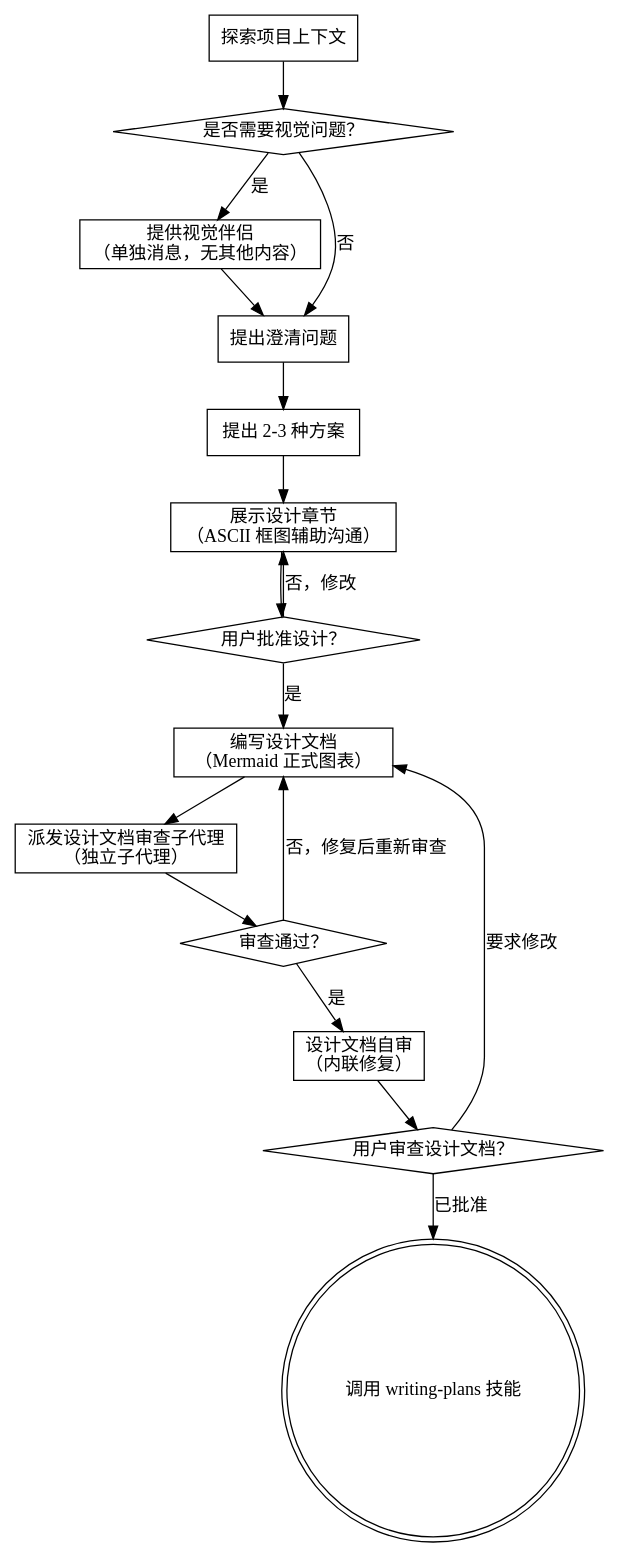
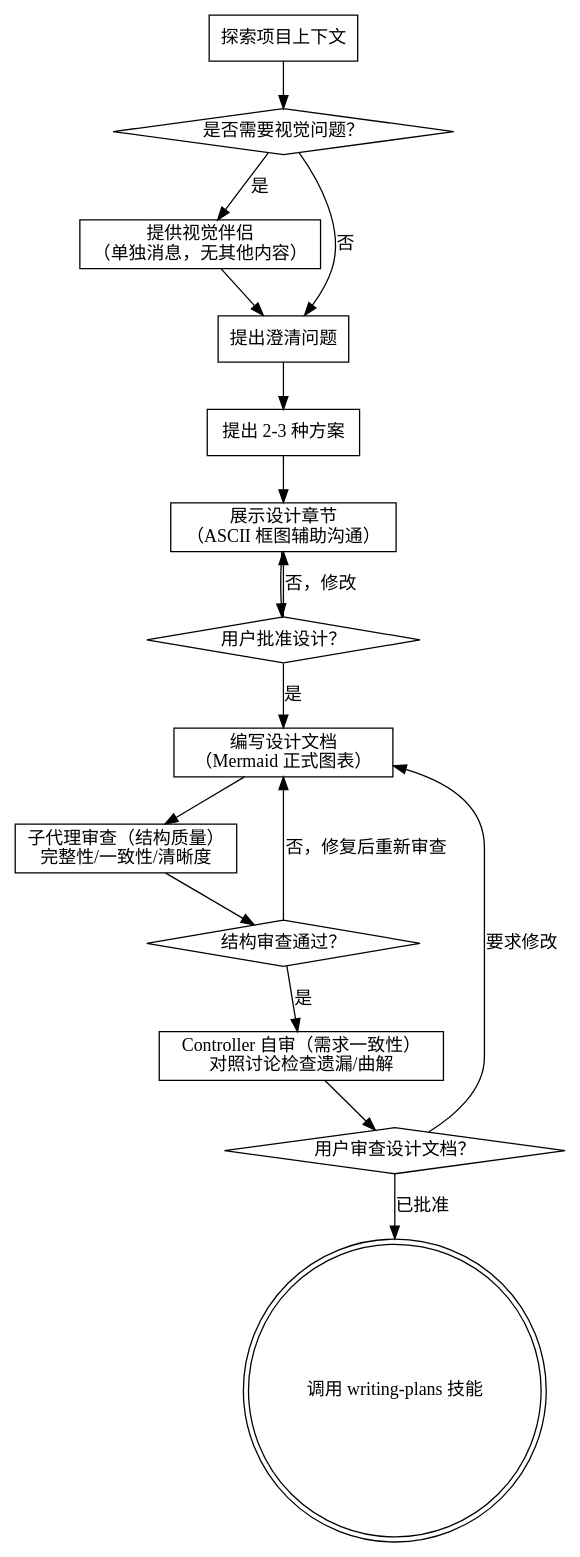
One commit to Geek-Bob/SuperpowersLite changed the first of 2 diagrams in skills/brainstorming/SKILL.md. Above: the diagram before and after it, drawn with Graphviz. The commit also changed other lines of this file and 8 other files, not shown here.

````diff
--- a/skills/brainstorming/SKILL.md
+++ b/skills/brainstorming/SKILL.md
@@ -41,34 +41,34 @@
 ```dot
 digraph brainstorming {
     "探索项目上下文" [shape=box];
     "是否需要视觉问题？" [shape=diamond];
     "提供视觉伴侣\n（单独消息，无其他内容）" [shape=box];
     "提出澄清问题" [shape=box];
     "提出 2-3 种方案" [shape=box];
     "展示设计章节\n（ASCII 框图辅助沟通）" [shape=box];
     "用户批准设计？" [shape=diamond];
     "编写设计文档\n（Mermaid 正式图表）" [shape=box];
-    "派发设计文档审查子代理\n（独立子代理）" [shape=box];
-    "审查通过？" [shape=diamond];
-    "设计文档自审\n（内联修复）" [shape=box];
+    "子代理审查（结构质量）\n完整性/一致性/清晰度" [shape=box];
+    "结构审查通过？" [shape=diamond];
+    "Controller 自审（需求一致性）\n对照讨论检查遗漏/曲解" [shape=box];
     "用户审查设计文档？" [shape=diamond];
     "调用 writing-plans 技能" [shape=doublecircle];
 
     "探索项目上下文" -> "是否需要视觉问题？";
     "是否需要视觉问题？" -> "提供视觉伴侣\n（单独消息，无其他内容）" [label="是"];
     "是否需要视觉问题？" -> "提出澄清问题" [label="否"];
     "提供视觉伴侣\n（单独消息，无其他内容）" -> "提出澄清问题";
     "提出澄清问题" -> "提出 2-3 种方案";
     "提出 2-3 种方案" -> "展示设计章节\n（ASCII 框图辅助沟通）";
     "展示设计章节\n（ASCII 框图辅助沟通）" -> "用户批准设计？";
     "用户批准设计？" -> "展示设计章节\n（ASCII 框图辅助沟通）" [label="否，修改"];
     "用户批准设计？" -> "编写设计文档\n（Mermaid 正式图表）" [label="是"];
-    "编写设计文档\n（Mermaid 正式图表）" -> "派发设计文档审查子代理\n（独立子代理）";
-    "派发设计文档审查子代理\n（独立子代理）" -> "审查通过？";
-    "审查通过？" -> "设计文档自审\n（内联修复）" [label="是"];
-    "审查通过？" -> "编写设计文档\n（Mermaid 正式图表）" [label="否，修复后重新审查"];
-    "设计文档自审\n（内联修复）" -> "用户审查设计文档？";
+    "编写设计文档\n（Mermaid 正式图表）" -> "子代理审查（结构质量）\n完整性/一致性/清晰度";
+    "子代理审查（结构质量）\n完整性/一致性/清晰度" -> "结构审查通过？";
+    "结构审查通过？" -> "Controller 自审（需求一致性）\n对照讨论检查遗漏/曲解" [label="是"];
+    "结构审查通过？" -> "编写设计文档\n（Mermaid 正式图表）" [label="否，修复后重新审查"];
+    "Controller 自审（需求一致性）\n对照讨论检查遗漏/曲解" -> "用户审查设计文档？";
     "用户审查设计文档？" -> "编写设计文档\n（Mermaid 正式图表）" [label="要求修改"];
     "用户审查设计文档？" -> "调用 writing-plans 技能" [label="已批准"];
 }
 ```
````
